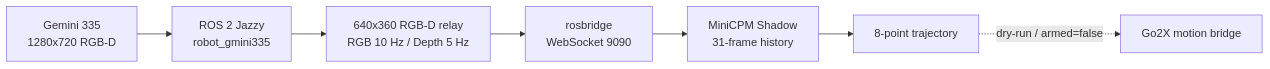
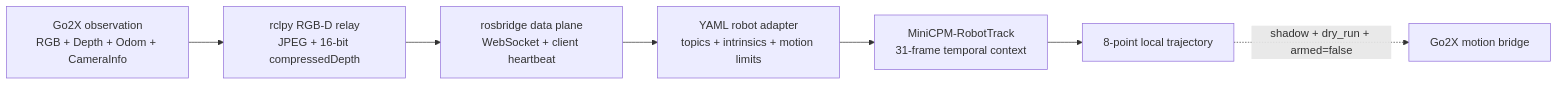
One commit to lijinghai/lijinghai.github.io changed the diagram in README.md. Above: the diagram before and after it, drawn with Mermaid. The commit also changed other lines of this file and 6 other files, not shown here.

First line of the commit message:
强化Go2X与MiniCPM-RobotTrack技术展示，补充时序多模态与轨迹推理架构

````diff
--- a/README.md
+++ b/README.md
@@ -11,9 +11,9 @@
 ```mermaid
 flowchart LR
-  CAMERA["Gemini 335<br/>1280x720 RGB-D"] --> ROS["ROS 2 Jazzy<br/>robot_gmini335"]
-  ROS --> RELAY["640x360 RGB-D relay<br/>RGB 10 Hz / Depth 5 Hz"]
-  RELAY --> BRIDGE["rosbridge<br/>WebSocket 9090"]
-  BRIDGE --> MODEL["MiniCPM Shadow<br/>31-frame history"]
-  MODEL --> TRAJ["8-point trajectory"]
-  TRAJ -. "dry-run / armed=false" .-> MOTION["Go2X motion bridge"]
+  SENSOR["Go2X observation<br/>RGB + Depth + Odom + CameraInfo"] --> RELAY["rclpy RGB-D relay<br/>JPEG + 16-bit compressedDepth"]
+  RELAY --> BRIDGE["rosbridge data plane<br/>WebSocket + client heartbeat"]
+  BRIDGE --> ADAPTER["YAML robot adapter<br/>topics + intrinsics + motion limits"]
+  ADAPTER --> MODEL["MiniCPM-RobotTrack<br/>31-frame temporal context"]
+  MODEL --> TRAJ["8-point local trajectory"]
+  TRAJ -. "shadow + dry_run + armed=false" .-> MOTION["Go2X motion bridge"]
 ```
````
